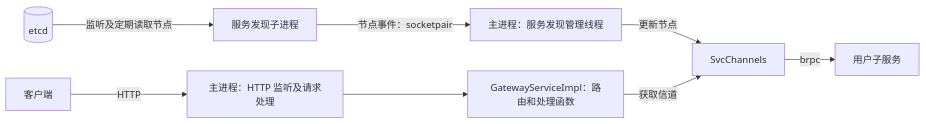
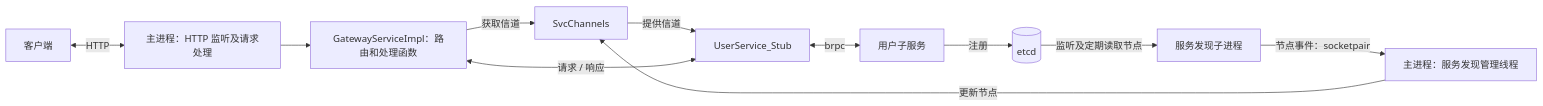
The second of 2 diagrams in chat2data/docs/网关子服务.md (Dairenwen/chat2data-cpp), drawn with Mermaid before and after one commit. The commit also changed other lines of this file and 4 other files, not shown here.

````diff
--- a/chat2data/docs/网关子服务.md
+++ b/chat2data/docs/网关子服务.md
@@ -45,10 +60,13 @@
 ```mermaid
 flowchart LR
-    Client[客户端] -->|HTTP| HTTP[主进程：HTTP 监听及请求处理]
+    Client[客户端] <-->|HTTP| HTTP[主进程：HTTP 监听及请求处理]
     HTTP --> Routes[GatewayServiceImpl：路由和处理函数]
     Manager[主进程：服务发现管理线程] -->|更新节点| Channels[SvcChannels]
     Worker[服务发现子进程] -->|节点事件：socketpair| Manager
     Etcd[(etcd)] -->|监听及定期读取节点| Worker
     Routes -->|获取信道| Channels
-    Channels -->|brpc| User[用户子服务]
+    Channels -->|提供信道| RpcClient[UserService_Stub]
+    Routes <-->|请求 / 响应| RpcClient
+    RpcClient <-->|brpc| User[用户子服务]
+    User -->|注册| Etcd
 ```
````
